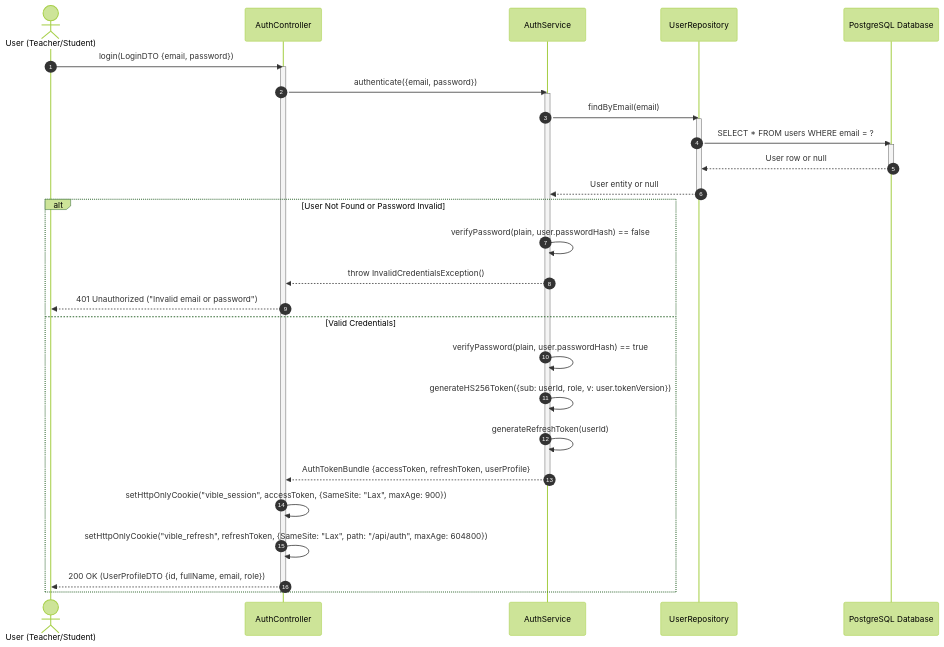
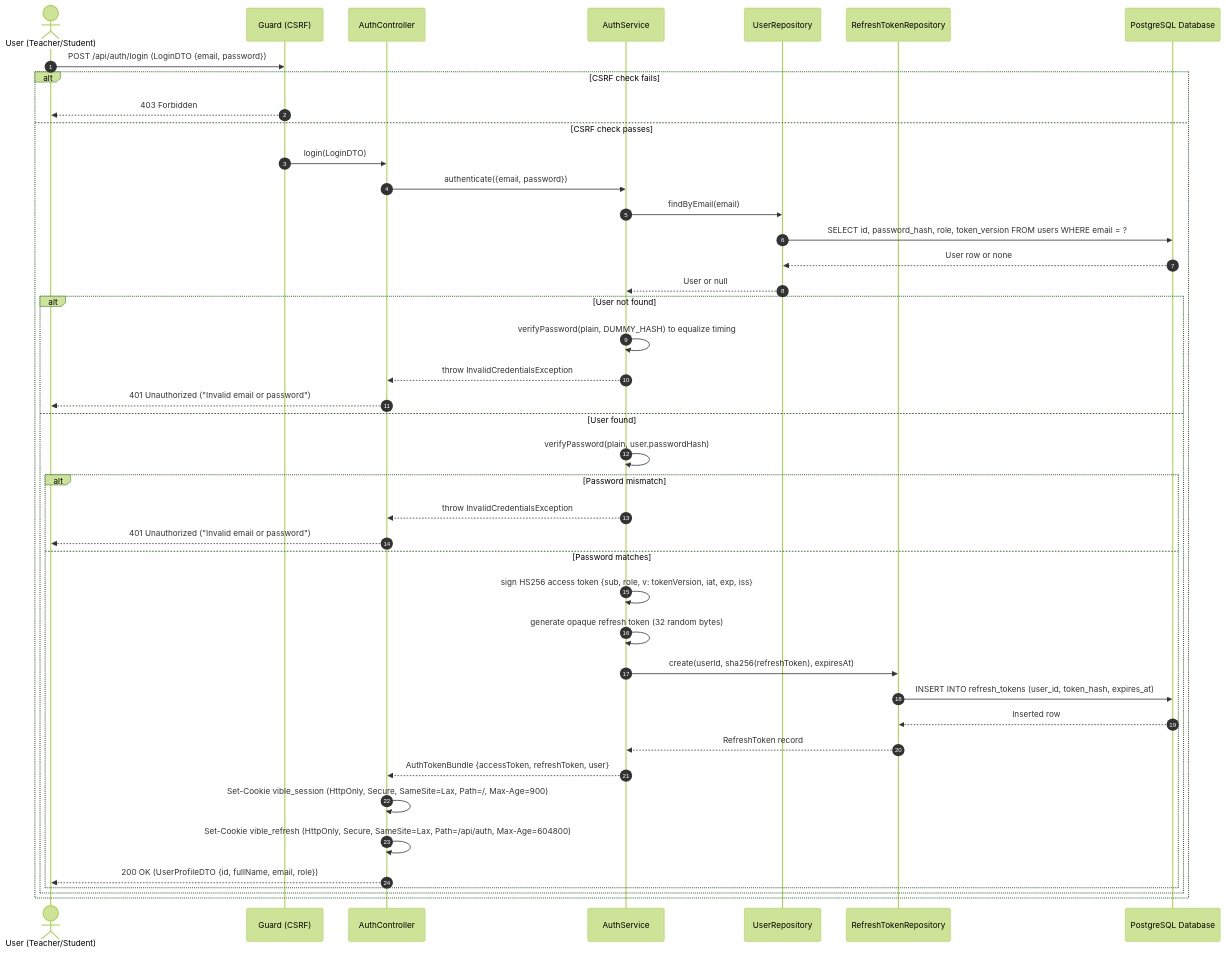
Before and after one commit to nelan138/vible-online-teaching-platform: the eighth of 18 diagrams in docs/design/software-design.md, drawn with Mermaid (forest theme). The commit also changed other lines of this file, not shown here.

Commit message:
docs(design): update class specifications and sequence diagrams for improved clarity and accuracy

````diff
--- a/docs/design/software-design.md
+++ b/docs/design/software-design.md
@@ -920,38 +938,46 @@
 ```mermaid
 sequenceDiagram
     autonumber
     actor User as User (Teacher/Student)
+    participant GD as Guard (CSRF)
     participant AC as AuthController
     participant AS as AuthService
     participant UR as UserRepository
+    participant RR as RefreshTokenRepository
     participant DB as PostgreSQL Database
 
-    User ->> AC: login(LoginDTO {email, password})
-    activate AC
-    AC ->> AS: authenticate({email, password})
-    activate AS
-    AS ->> UR: findByEmail(email)
-    activate UR
-    UR ->> DB: SELECT * FROM users WHERE email = ?
-    activate DB
-    DB -->> UR: User row or null
-    deactivate DB
-    UR -->> AS: User entity or null
-    deactivate UR
+    User ->> GD: POST /api/auth/login (LoginDTO {email, password})
+    alt CSRF check fails
+        GD -->> User: 403 Forbidden
+    else CSRF check passes
+        GD ->> AC: login(LoginDTO)
+        AC ->> AS: authenticate({email, password})
+        AS ->> UR: findByEmail(email)
+        UR ->> DB: SELECT id, password_hash, role, token_version FROM users WHERE email = ?
+        DB -->> UR: User row or none
+        UR -->> AS: User or null
 
-    alt User Not Found or Password Invalid
-        AS ->> AS: verifyPassword(plain, user.passwordHash) == false
-        AS -->> AC: throw InvalidCredentialsException()
-        AC -->> User: 401 Unauthorized ("Invalid email or password")
-    else Valid Credentials
-        AS ->> AS: verifyPassword(plain, user.passwordHash) == true
-        AS ->> AS: generateHS256Token({sub: userId, role, v: user.tokenVersion})
-        AS ->> AS: generateRefreshToken(userId)
-        AS -->> AC: AuthTokenBundle {accessToken, refreshToken, userProfile}
-        deactivate AS
-        AC ->> AC: setHttpOnlyCookie("vible_session", accessToken, {SameSite: "Lax", maxAge: 900})
-        AC ->> AC: setHttpOnlyCookie("vible_refresh", refreshToken, {SameSite: "Lax", path: "/api/auth", maxAge: 604800})
-        AC -->> User: 200 OK (UserProfileDTO {id, fullName, email, role})
+        alt User not found
+            AS ->> AS: verifyPassword(plain, DUMMY_HASH) to equalize timing
+            AS -->> AC: throw InvalidCredentialsException
+            AC -->> User: 401 Unauthorized ("Invalid email or password")
+        else User found
+            AS ->> AS: verifyPassword(plain, user.passwordHash)
+            alt Password mismatch
+                AS -->> AC: throw InvalidCredentialsException
+                AC -->> User: 401 Unauthorized ("Invalid email or password")
+            else Password matches
+                AS ->> AS: sign HS256 access token {sub, role, v: tokenVersion, iat, exp, iss}
+                AS ->> AS: generate opaque refresh token (32 random bytes)
+                AS ->> RR: create(userId, sha256(refreshToken), expiresAt)
+                RR ->> DB: INSERT INTO refresh_tokens (user_id, token_hash, expires_at)
+                DB -->> RR: Inserted row
+                RR -->> AS: RefreshToken record
+                AS -->> AC: AuthTokenBundle {accessToken, refreshToken, user}
+                AC ->> AC: Set-Cookie vible_session (HttpOnly, Secure, SameSite=Lax, Path=/, Max-Age=900)
+                AC ->> AC: Set-Cookie vible_refresh (HttpOnly, Secure, SameSite=Lax, Path=/api/auth, Max-Age=604800)
+                AC -->> User: 200 OK (UserProfileDTO {id, fullName, email, role})
+            end
+        end
     end
-    deactivate AC
 ```
````
